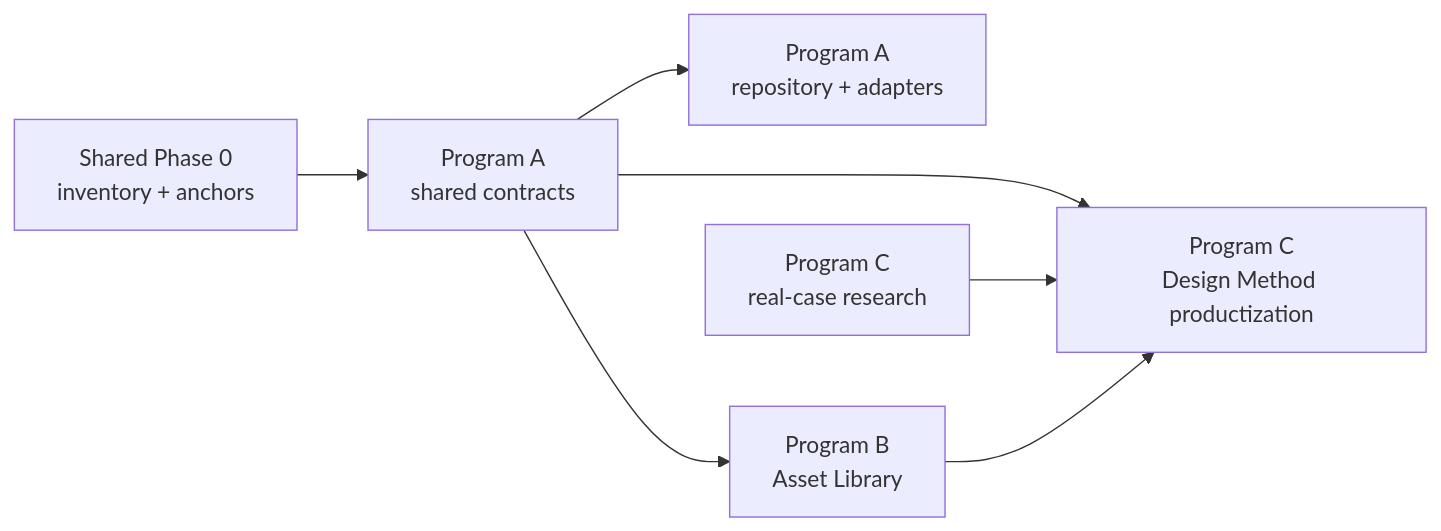
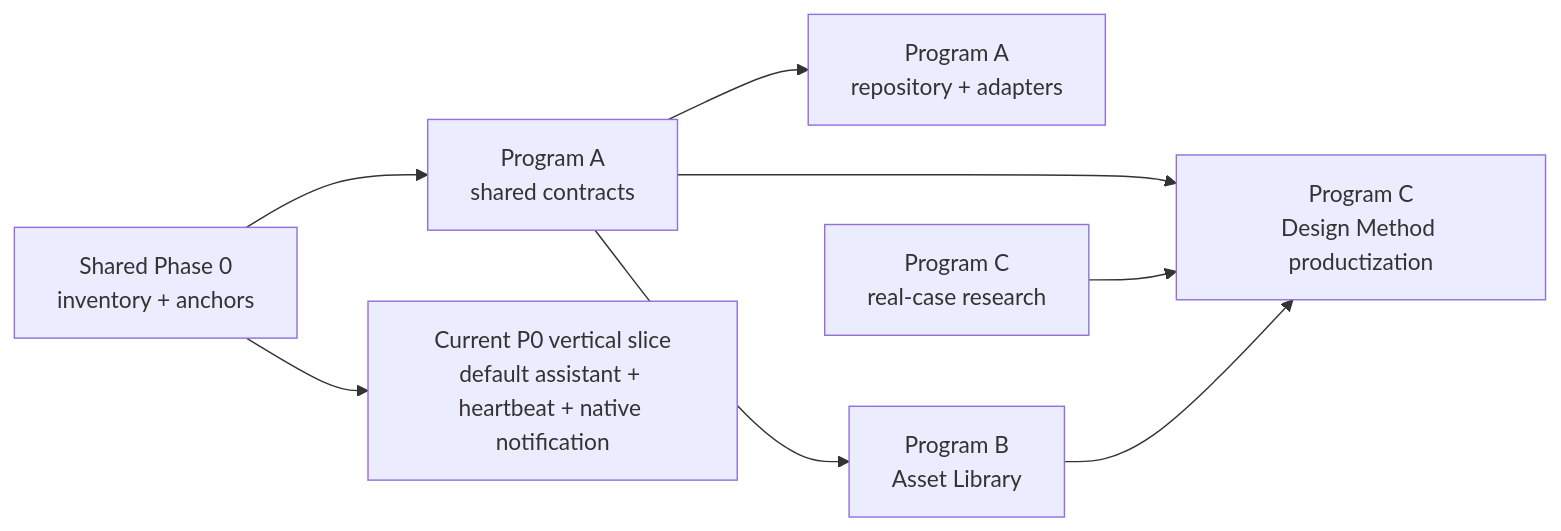
One commit to youcho2/CodePilot changed the second of 2 diagrams in docs/exec-plans/active/harness-home-user-owned-core.md. Above: the diagram before and after it, drawn with Mermaid. The commit also changed other lines of this file and 13 other files, not shown here.

First line of the commit message:
docs(harness): record assistant heartbeat rollout

````diff
--- a/docs/exec-plans/active/harness-home-user-owned-core.md
+++ b/docs/exec-plans/active/harness-home-user-owned-core.md
@@ -303,9 +304,10 @@
 ```mermaid
 flowchart LR
   P0["Shared Phase 0\ninventory + anchors"] --> A1["Program A\nshared contracts"]
+  P0 --> UX["Current P0 vertical slice\ndefault assistant + heartbeat + native notification"]
   A1 --> A2["Program A\nrepository + adapters"]
   A1 --> B["Program B\nAsset Library"]
   A1 --> C["Program C\nDesign Method productization"]
   C0["Program C\nreal-case research"] --> C
   B --> C
 ```
````
